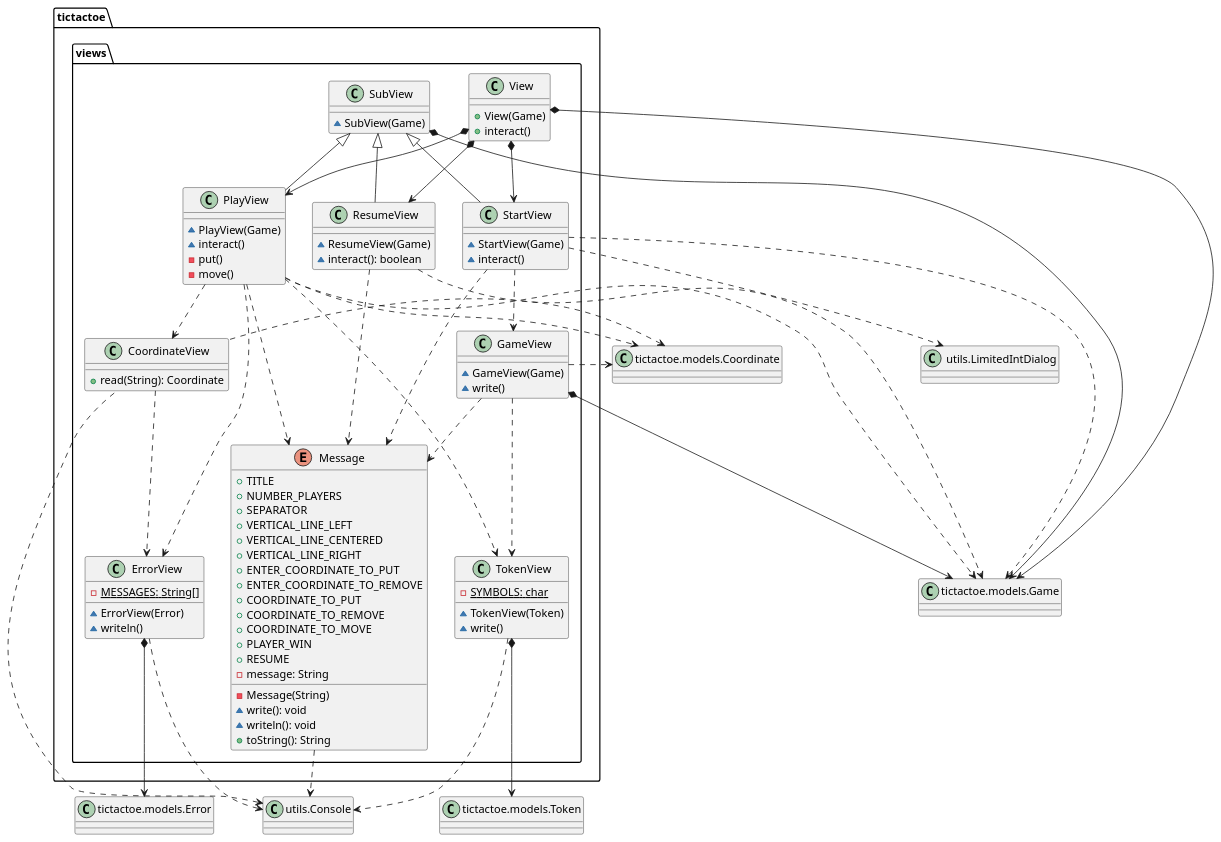
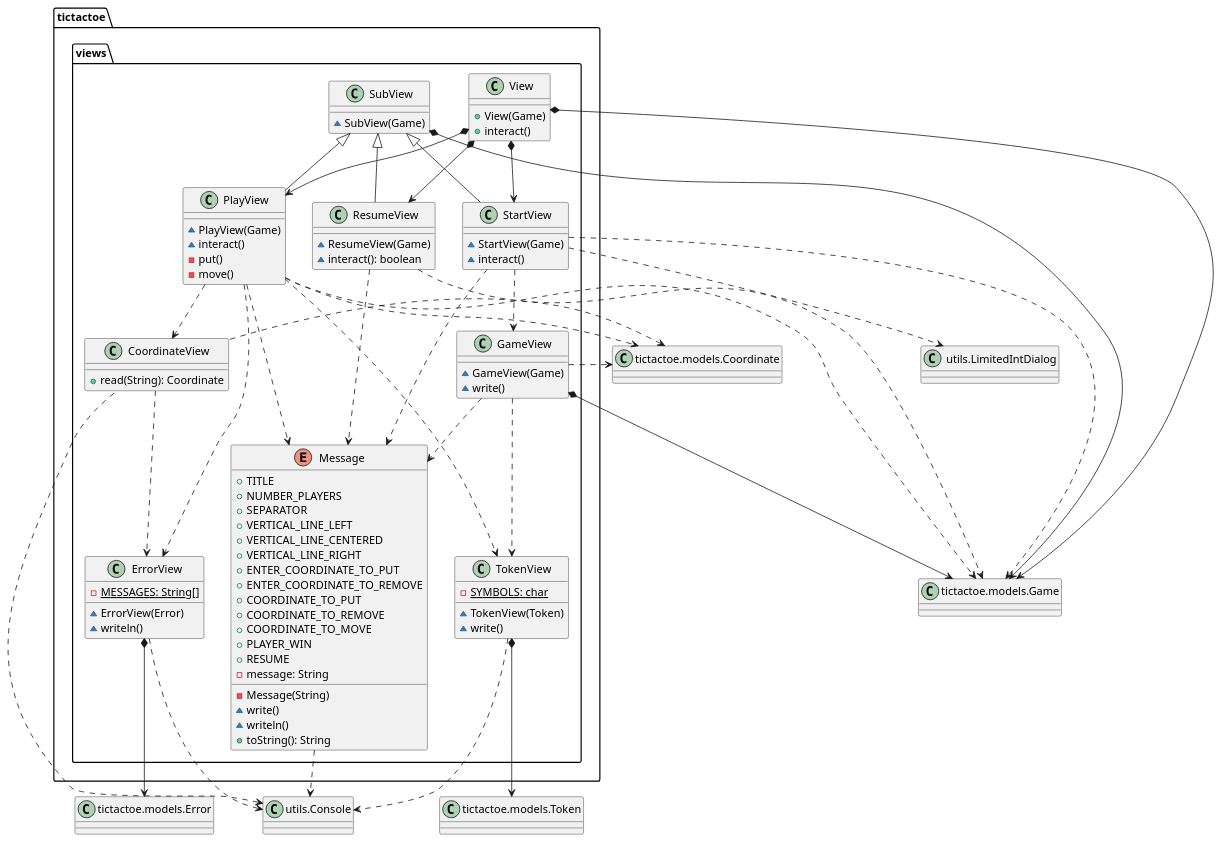
One commit to Jolucaa/USantaTecla-project-ticTacToe changed the second of 4 diagrams in documentView/console/docs/diagrams/src/paquetes.plantuml. Above: the diagram before and after it, drawn with PlantUML. The commit also changed other lines of this file and 10 other files, not shown here.

Commit message:
Fix some diagrams

```diff
--- a/documentView/console/docs/diagrams/src/paquetes.plantuml
+++ b/documentView/console/docs/diagrams/src/paquetes.plantuml
@@ -13,110 +13,110 @@
 @startuml tictactoe.views
 class Console as "utils.Console"{}
 class Coordinate as "tictactoe.models.Coordinate" {}
 class Game as "tictactoe.models.Game"{}
 class LimitedIntDialog as " utils.LimitedIntDialog"{}
 class Token as "tictactoe.models.Token"{}
 class Error as "tictactoe.models.Error"{}
 
 class  tictactoe.views.CoordinateView{
 + read(String): Coordinate
 }
 Console <..-down- tictactoe.views.CoordinateView
 Coordinate <..-down- tictactoe.views.CoordinateView
 tictactoe.views.CoordinateView ..> tictactoe.views.ErrorView
 
 class  tictactoe.views.ErrorView{
 - {static} MESSAGES: String[]
 ~ ErrorView(Error)
 ~ writeln()
 }
 Console <..-down- tictactoe.views.ErrorView
 tictactoe.views.ErrorView *-down-> Error
 
 class  tictactoe.views.GameView{
 ~ GameView(Game)
 ~ write()
 }
 tictactoe.views.GameView ..> tictactoe.views.Message
 tictactoe.views.GameView *-down-> Game
 tictactoe.views.GameView ..> Coordinate
 tictactoe.views.GameView ..> tictactoe.views.TokenView
 
 enum  tictactoe.views.Message{
 + TITLE
 + NUMBER_PLAYERS
 + SEPARATOR
 + VERTICAL_LINE_LEFT
 + VERTICAL_LINE_CENTERED
 + VERTICAL_LINE_RIGHT
 + ENTER_COORDINATE_TO_PUT
 + ENTER_COORDINATE_TO_REMOVE
 + COORDINATE_TO_PUT
 + COORDINATE_TO_REMOVE
 + COORDINATE_TO_MOVE
 +	PLAYER_WIN
 + RESUME
 - message: String
 - Message(String)
-~ write(): void
-~ writeln(): void
+~ write()
+~ writeln()
 + toString(): String
 }
 tictactoe.views.Message ..> Console
 
 class  tictactoe.views.PlayView{
 ~ PlayView(Game)
 ~ interact()
 - put()
 - move()
 }
 tictactoe.views.SubView <|-down- tictactoe.views.PlayView
 tictactoe.views.PlayView ..> Game
 tictactoe.views.PlayView ..> tictactoe.views.TokenView
 tictactoe.views.PlayView ..> tictactoe.views.Message
 tictactoe.views.PlayView ..> Coordinate
 tictactoe.views.PlayView ..> tictactoe.views.CoordinateView
 tictactoe.views.PlayView ..> tictactoe.views.ErrorView
 
 class  tictactoe.views.ResumeView{
 ~ ResumeView(Game)
 ~ interact(): boolean
 
 }
 tictactoe.views.SubView <|-down- tictactoe.views.ResumeView
 tictactoe.views.ResumeView ..> Game
 tictactoe.views.ResumeView ..> tictactoe.views.Message
 
 class tictactoe.views.StartView{
 ~ StartView(Game)
 ~ interact()
 }
 tictactoe.views.SubView <|-down- tictactoe.views.StartView
 tictactoe.views.StartView ..> Game
 tictactoe.views.StartView ..> tictactoe.views.GameView
 tictactoe.views.StartView ..> LimitedIntDialog
 tictactoe.views.StartView ..> tictactoe.views.Message
 
 class tictactoe.views.SubView{
 ~ SubView(Game)
 }
 
 tictactoe.views.SubView *--> Game
 
 class tictactoe.views.TokenView{
 - {static} SYMBOLS: char
 ~ TokenView(Token)
 ~ write()
 }
 tictactoe.views.TokenView *--> Token
 tictactoe.views.TokenView ..> Console
 
 class  tictactoe.views.View{
 + View(Game)
 + interact()
 }
 tictactoe.views.View *-down-> Game
 tictactoe.views.View *-down-> tictactoe.views.StartView
 tictactoe.views.View *-down-> tictactoe.views.PlayView
 tictactoe.views.View *-down-> tictactoe.views.ResumeView
 @enduml
```
